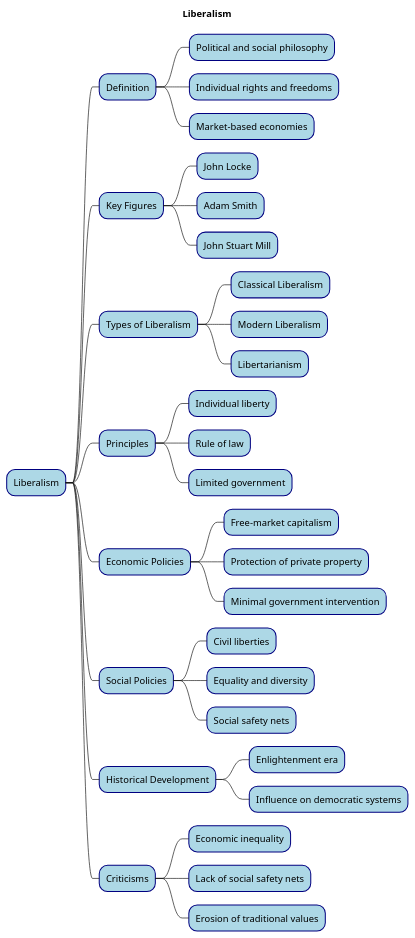
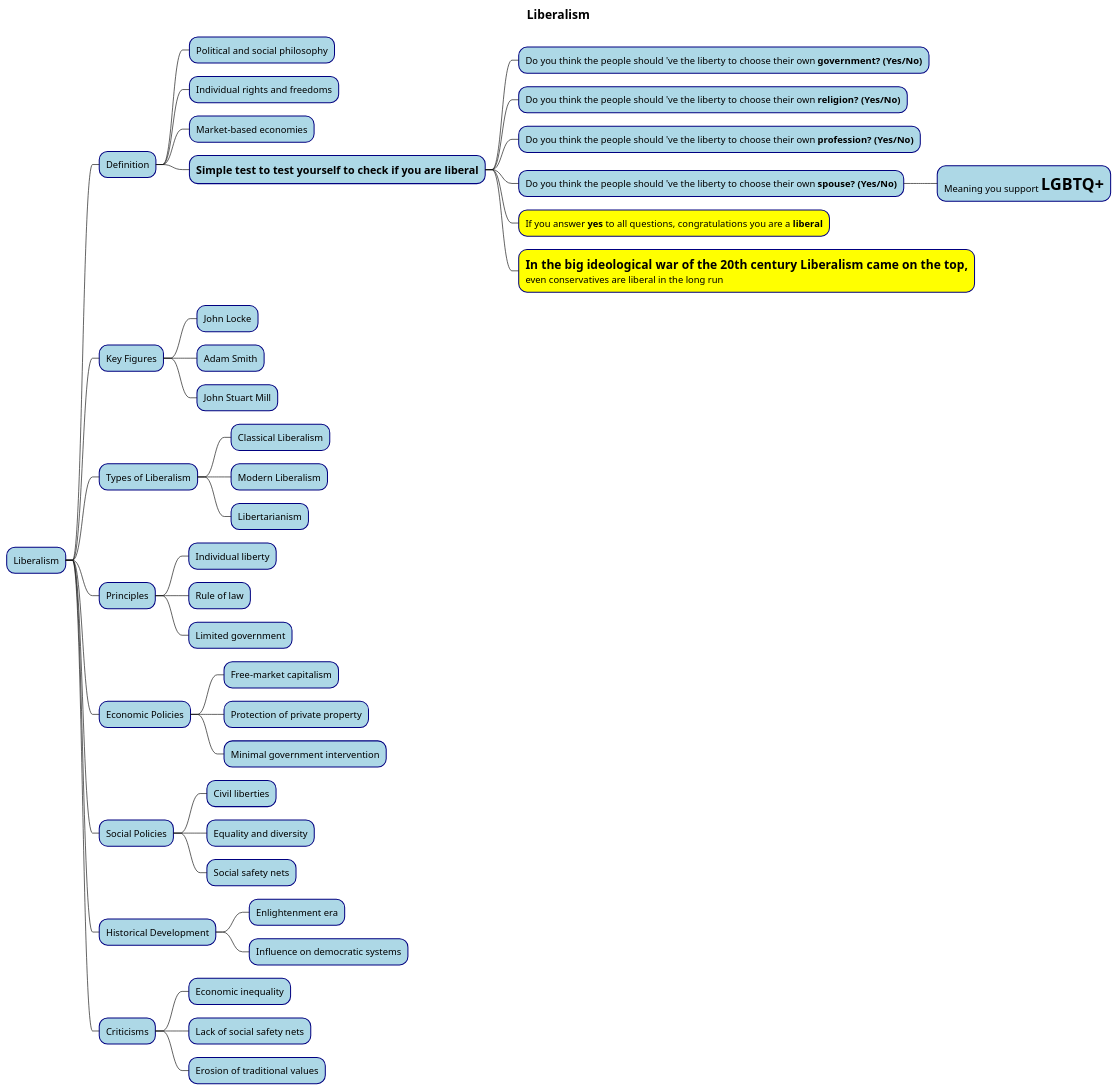
The diagram in docs/books/politics/political-ideologies-and-economic-systems/Liberalism.puml (MehmoodHashmi/Documentation-as-Code-DaC), drawn with PlantUML before and after one commit. The commit also changed 1 other file, not shown here.

```diff
--- a/docs/books/politics/political-ideologies-and-economic-systems/Liberalism.puml
+++ b/docs/books/politics/political-ideologies-and-economic-systems/Liberalism.puml
@@ -1,48 +1,56 @@
 @startmindmap
-title Liberalism
+title =Liberalism
 
 skinparam node {
     BackgroundColor LightBlue
     BorderColor Navy
 }
 
 * Liberalism
 ** Definition
 *** Political and social philosophy
 *** Individual rights and freedoms
 *** Market-based economies
+*** ==Simple test to test yourself to check if you are liberal
+**** Do you think the people should 've the liberty to choose their own **government? (Yes/No)**
+**** Do you think the people should 've the liberty to choose their own **religion? (Yes/No)**
+**** Do you think the people should 've the liberty to choose their own **profession? (Yes/No)**
+**** Do you think the people should 've the liberty to choose their own **spouse? (Yes/No)**
+***** Meaning you support <size:24>**LGBTQ+**
+****[#yellow] If you answer **yes** to all questions, congratulations you are a **liberal**
+****[#yellow] = In the big ideological war of the 20th century Liberalism came on the top, \neven conservatives are liberal in the long run
 
 ** Key Figures
 *** John Locke
 *** Adam Smith
 *** John Stuart Mill
 
 ** Types of Liberalism
 *** Classical Liberalism
 *** Modern Liberalism
 *** Libertarianism
 
 ** Principles
 *** Individual liberty
 *** Rule of law
 *** Limited government
 
 ** Economic Policies
 *** Free-market capitalism
 *** Protection of private property
 *** Minimal government intervention
 
 ** Social Policies
 *** Civil liberties
 *** Equality and diversity
 *** Social safety nets
 
 ** Historical Development
 *** Enlightenment era
 *** Influence on democratic systems
 
 ** Criticisms
 *** Economic inequality
 *** Lack of social safety nets
 *** Erosion of traditional values
 @endmindmap
```
